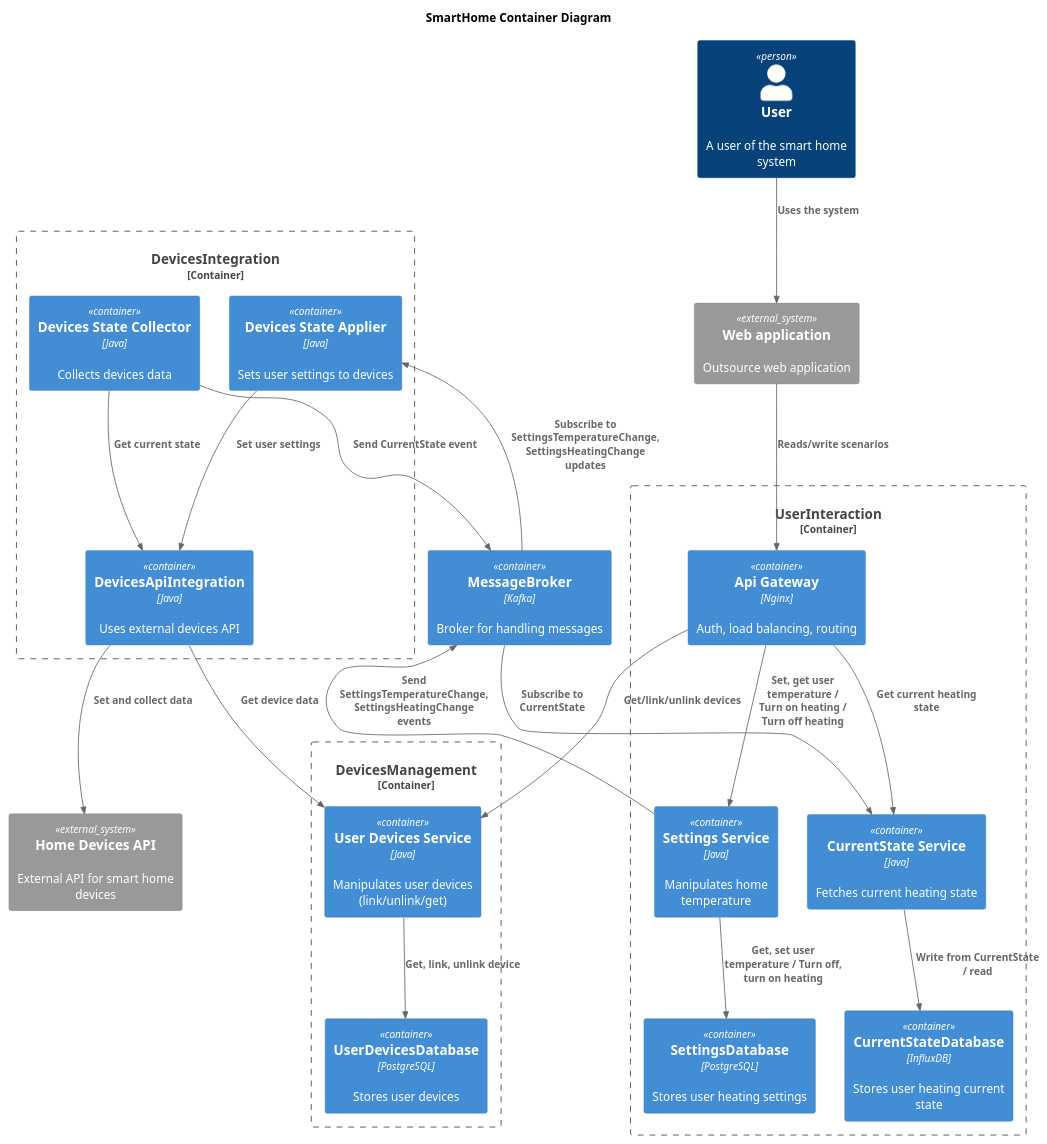
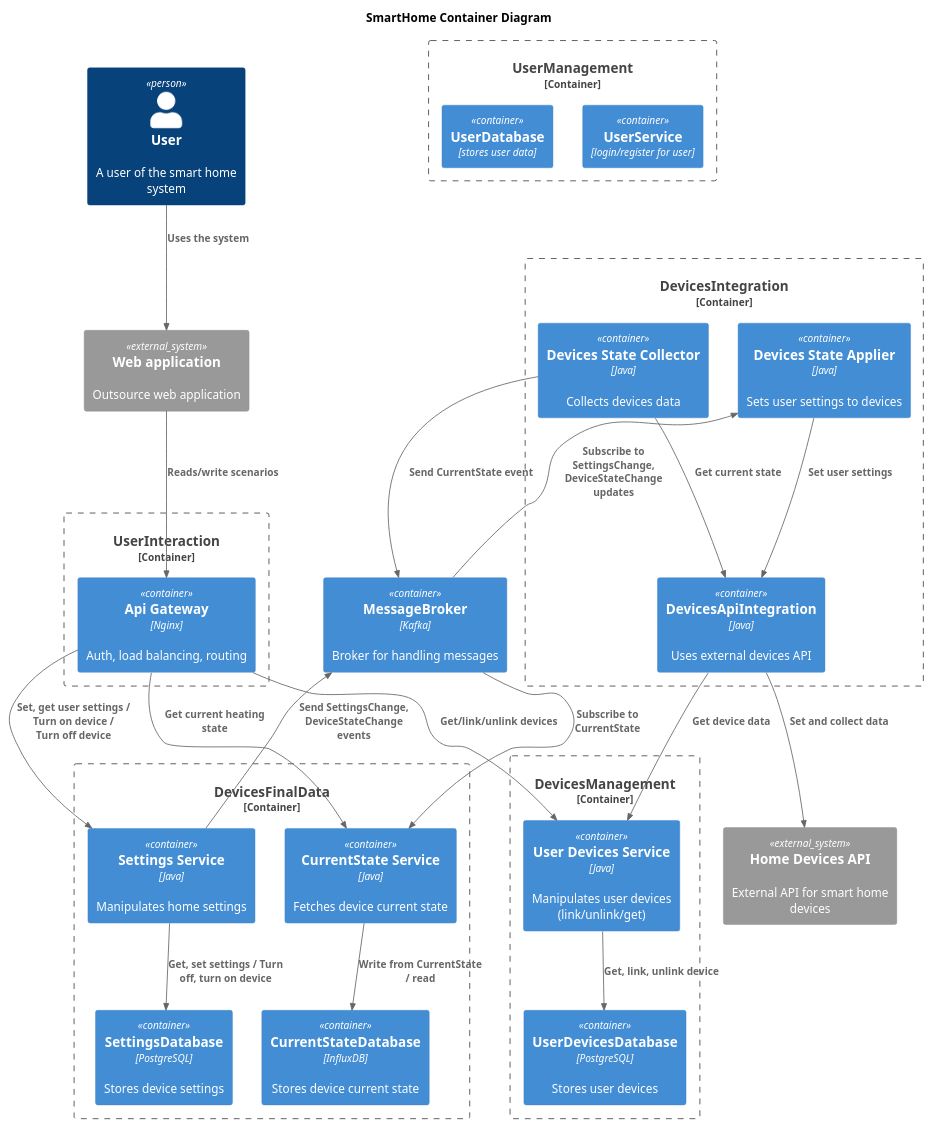
Before and after one commit to etloreq/yandex-practicum-arch-tasks: the diagram in sprint3/SmartHome_Container.puml, drawn with PlantUML. The commit also changed 15 other files, not shown here.

```diff
--- a/sprint3/SmartHome_Container.puml
+++ b/sprint3/SmartHome_Container.puml
@@ -1,52 +1,59 @@
 @startuml
 title SmartHome Container Diagram
 
 !include C4_Container.puml
 
 Person(user, "User", "A user of the smart home system")
 
 System_Ext(devices, "Home Devices API", "External API for smart home devices")
 System_Ext(WebApp, "Web application", "Outsource web application")
 
 Container_Boundary(UserInteraction, "UserInteraction") {
-  Container(ApiGateway, "Api Gateway", "Nginx", "Auth, load balancing, routing")
-  Container(SettingsService, "Settings Service", "Java", "Manipulates home temperature")
-  Container(CurrentStateService, "CurrentState Service", "Java", "Fetches current heating state")
-  Container(SettingsDatabase, "SettingsDatabase", "PostgreSQL", "Stores user heating settings")
-  Container(CurrentStateDatabase, "CurrentStateDatabase", "InfluxDB", "Stores user heating current state")
+     Container(ApiGateway, "Api Gateway", "Nginx", "Auth, load balancing, routing")
 }
 
+Container_Boundary(DevicesFinalData, "DevicesFinalData") {
+  Container(SettingsService, "Settings Service", "Java", "Manipulates home settings")
+  Container(CurrentStateService, "CurrentState Service", "Java", "Fetches device current state")
+  Container(SettingsDatabase, "SettingsDatabase", "PostgreSQL", "Stores device settings")
+  Container(CurrentStateDatabase, "CurrentStateDatabase", "InfluxDB", "Stores device current state")
+}
+
+Container_Boundary(UserManagement, "UserManagement") {
+    Container(UserService, "UserService", "login/register for user")
+    Container(UserDatabase, "UserDatabase", "stores user data")
+}
 
 Container_Boundary(DevicesManagement, "DevicesManagement") {
   Container(UserDevicesService, "User Devices Service", "Java", "Manipulates user devices (link/unlink/get)")
   Container(UserDevicesDatabase, "UserDevicesDatabase", "PostgreSQL", "Stores user devices")
 }
 
 Container_Boundary(DevicesIntegration, "DevicesIntegration") {
   Container(DevicesApiIntegration, "DevicesApiIntegration", "Java", "Uses external devices API")
   Container(DevicesStateCollector, "Devices State Collector", "Java", "Collects devices data")
   Container(DevicesStateApplier, "Devices State Applier", "Java", "Sets user settings to devices")
 }
 
 Container(MessageBroker, "MessageBroker", "Kafka", "Broker for handling messages")
 
 
 Rel(user, WebApp, "Uses the system")
 Rel(WebApp,ApiGateway,"Reads/write scenarios")
-Rel(ApiGateway,SettingsService,"Set, get user temperature /\nTurn on heating /\nTurn off heating")
+Rel(ApiGateway,SettingsService,"Set, get user settings /\nTurn on device /\nTurn off device")
 Rel(ApiGateway,CurrentStateService,"Get current heating state")
 Rel(ApiGateway,UserDevicesService,"Get/link/unlink devices")
 
-Rel(SettingsService, SettingsDatabase, "Get, set user temperature / Turn off, turn on heating")
-Rel(SettingsService, MessageBroker, "Send SettingsTemperatureChange, SettingsHeatingChange events")
-Rel(MessageBroker, DevicesStateApplier, "Subscribe to SettingsTemperatureChange, SettingsHeatingChange updates")
+Rel(SettingsService, SettingsDatabase, "Get, set settings / Turn off, turn on device")
+Rel(SettingsService, MessageBroker, "Send SettingsChange, DeviceStateChange events")
+Rel(MessageBroker, DevicesStateApplier, "Subscribe to SettingsChange, DeviceStateChange updates")
 Rel(DevicesApiIntegration, devices, "Set and collect data")
 Rel(DevicesStateCollector, MessageBroker, "Send CurrentState event")
 Rel(MessageBroker, CurrentStateService, "Subscribe to CurrentState")
 Rel(CurrentStateService, CurrentStateDatabase, "Write from CurrentState / read")
 Rel(UserDevicesService, UserDevicesDatabase, "Get, link, unlink device")
 Rel(DevicesApiIntegration, UserDevicesService, "Get device data")
 Rel(DevicesStateCollector, DevicesApiIntegration, "Get current state")
 Rel(DevicesStateApplier, DevicesApiIntegration, "Set user settings")
 
 @enduml
```
